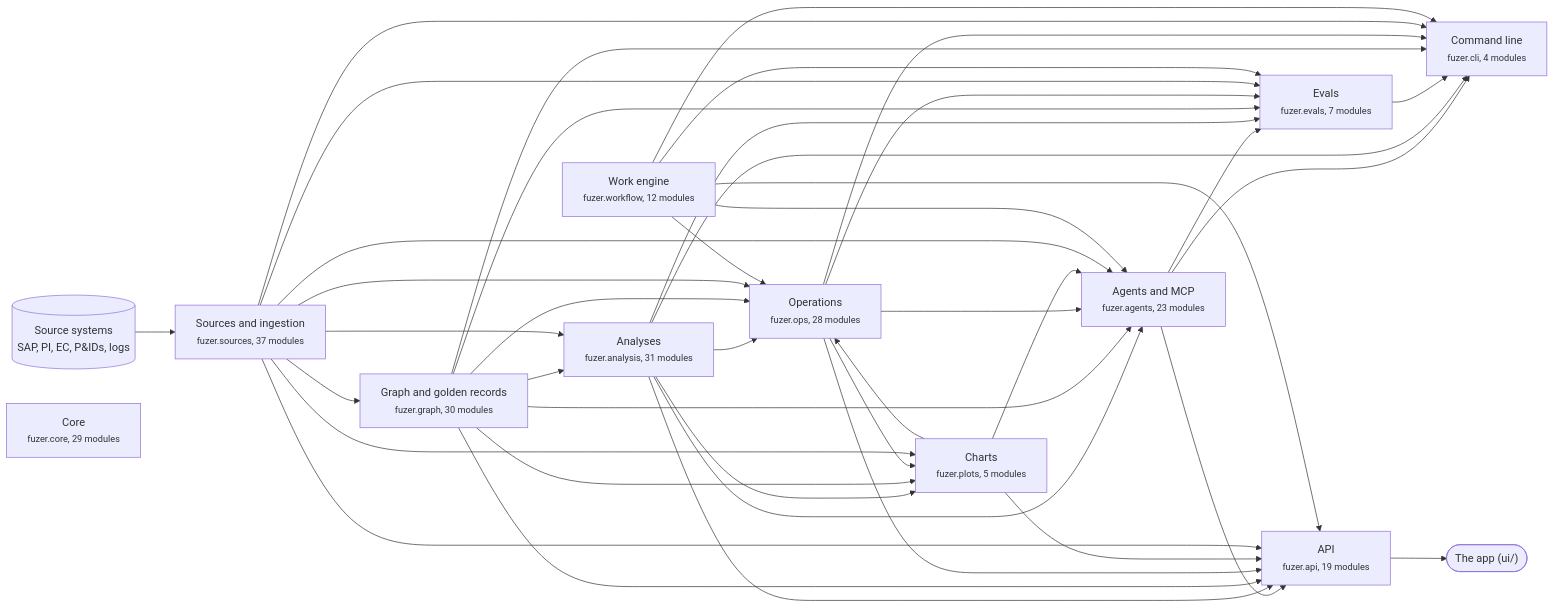
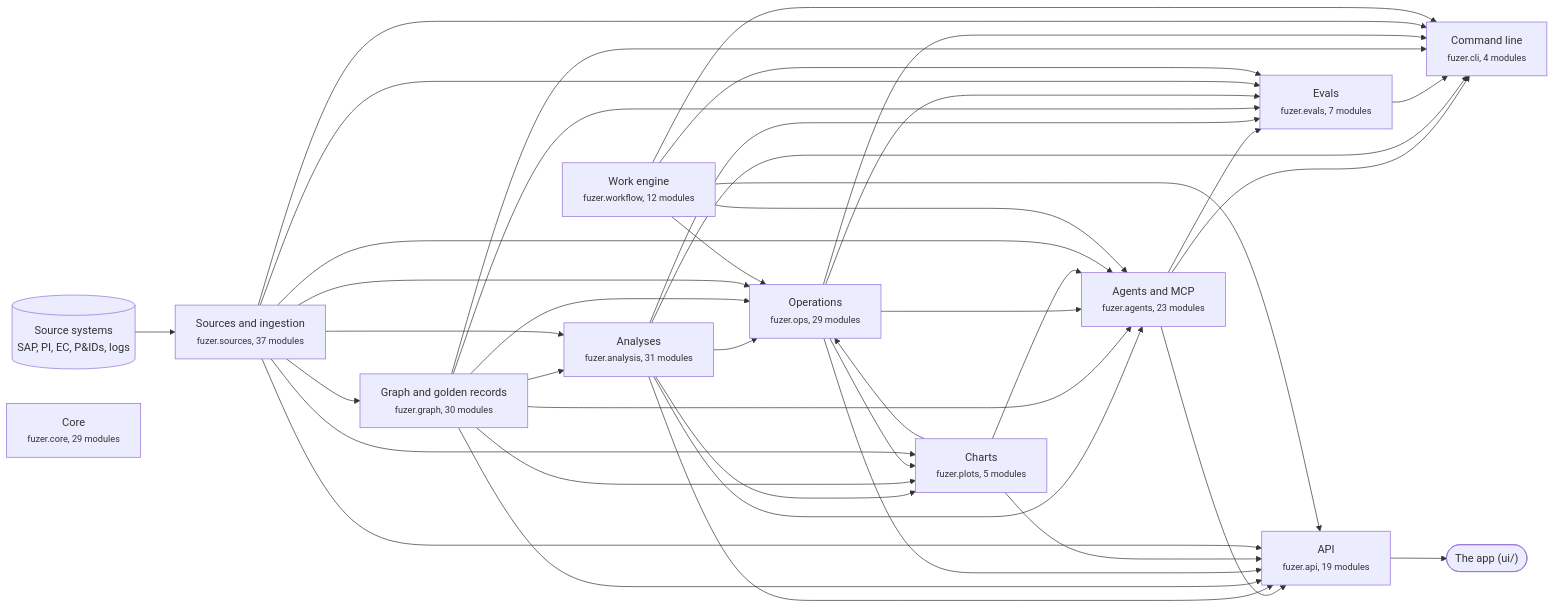
One commit to areed145/fuzer changed the first of 3 diagrams in docs/architecture.md. Above: the diagram before and after it, drawn with Mermaid. The commit also changed other lines of this file and 11 other files, not shown here.

````diff
--- a/docs/architecture.md
+++ b/docs/architecture.md
@@ -8,66 +8,66 @@
 ```mermaid
 flowchart LR
   systems[("Source systems<br>SAP, PI, EC, P&IDs, logs")] --> c_sources
   app(["The app (ui/)"])
   c_api --> app
   c_sources["Sources and ingestion<br><small>fuzer.sources, 37 modules</small>"]
   c_graph["Graph and golden records<br><small>fuzer.graph, 30 modules</small>"]
   c_analysis["Analyses<br><small>fuzer.analysis, 31 modules</small>"]
-  c_ops["Operations<br><small>fuzer.ops, 28 modules</small>"]
+  c_ops["Operations<br><small>fuzer.ops, 29 modules</small>"]
   c_plots["Charts<br><small>fuzer.plots, 5 modules</small>"]
   c_workflow["Work engine<br><small>fuzer.workflow, 12 modules</small>"]
   c_agents["Agents and MCP<br><small>fuzer.agents, 23 modules</small>"]
   c_evals["Evals<br><small>fuzer.evals, 7 modules</small>"]
   c_api["API<br><small>fuzer.api, 19 modules</small>"]
   c_cli["Command line<br><small>fuzer.cli, 4 modules</small>"]
   c_core["Core<br><small>fuzer.core, 29 modules</small>"]
   c_sources --> c_graph
   c_graph --> c_analysis
   c_sources --> c_analysis
   c_analysis --> c_ops
   c_graph --> c_ops
   c_plots --> c_ops
   c_sources --> c_ops
   c_workflow --> c_ops
   c_analysis --> c_plots
   c_graph --> c_plots
   c_ops --> c_plots
   c_sources --> c_plots
   c_analysis --> c_agents
   c_graph --> c_agents
   c_ops --> c_agents
   c_plots --> c_agents
   c_sources --> c_agents
   c_workflow --> c_agents
   c_agents --> c_evals
   c_analysis --> c_evals
   c_graph --> c_evals
   c_ops --> c_evals
   c_sources --> c_evals
   c_workflow --> c_evals
   c_agents --> c_api
   c_analysis --> c_api
   c_graph --> c_api
   c_ops --> c_api
   c_plots --> c_api
   c_sources --> c_api
   c_workflow --> c_api
   c_agents --> c_cli
   c_analysis --> c_cli
   c_evals --> c_cli
   c_graph --> c_cli
   c_ops --> c_cli
   c_sources --> c_cli
   c_workflow --> c_cli
   click c_sources "https://github.com/areed145/fuzer/tree/main/src/fuzer/sources"
   click c_graph "https://github.com/areed145/fuzer/tree/main/src/fuzer/graph"
   click c_analysis "https://github.com/areed145/fuzer/tree/main/src/fuzer/analysis"
   click c_ops "https://github.com/areed145/fuzer/tree/main/src/fuzer/ops"
   click c_plots "https://github.com/areed145/fuzer/tree/main/src/fuzer/plots"
   click c_workflow "https://github.com/areed145/fuzer/tree/main/src/fuzer/workflow"
   click c_agents "https://github.com/areed145/fuzer/tree/main/src/fuzer/agents"
   click c_evals "https://github.com/areed145/fuzer/tree/main/src/fuzer/evals"
   click c_api "https://github.com/areed145/fuzer/tree/main/src/fuzer/api"
   click c_cli "https://github.com/areed145/fuzer/tree/main/src/fuzer/cli"
   click c_core "https://github.com/areed145/fuzer/tree/main/src/fuzer/core"
 ```
````
